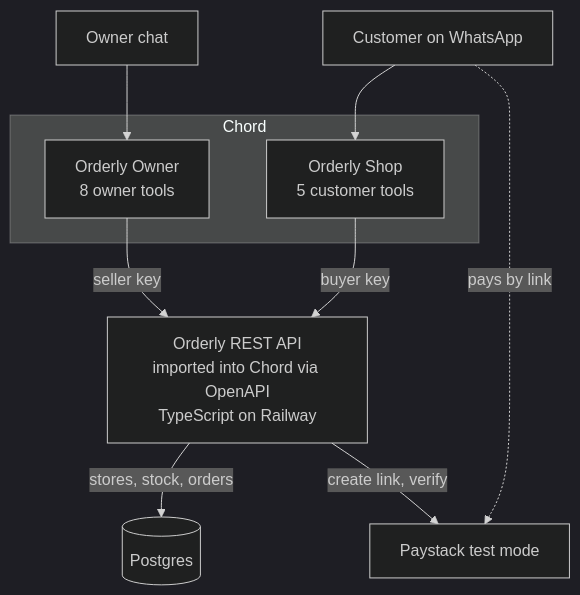
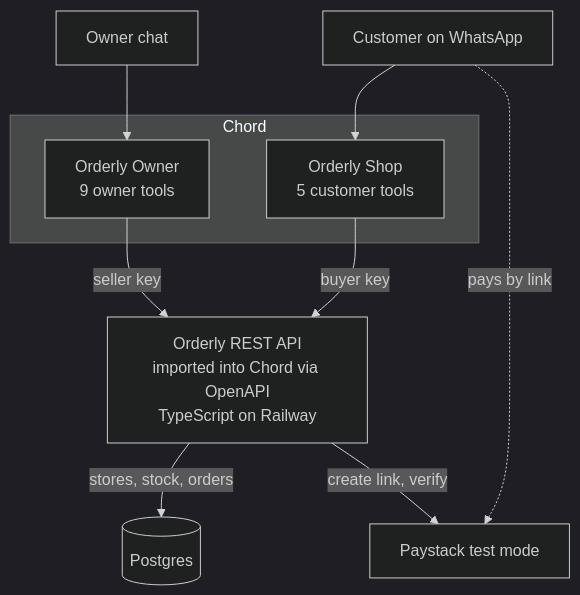
One commit to samowolabi/orderly changed the first of 2 diagrams in docs/ENGINEERING.md. Above: the diagram before and after it, drawn with Mermaid (dark theme). The commit also changed other lines of this file and 2 other files, not shown here.

````diff
--- a/docs/ENGINEERING.md
+++ b/docs/ENGINEERING.md
@@ -7,15 +7,15 @@
 ```mermaid
 flowchart TB
   OC[Owner chat] --> OO
   CW[Customer on WhatsApp] --> OS
   subgraph Chord
-    OO[Orderly Owner<br/>8 owner tools]
+    OO[Orderly Owner<br/>9 owner tools]
     OS[Orderly Shop<br/>5 customer tools]
   end
   OO -- seller key --> API
   OS -- buyer key --> API
   API[Orderly REST API<br/>imported into Chord via OpenAPI<br/>TypeScript on Railway]
   API -- stores, stock, orders --> DB[(Postgres)]
   API -- create link, verify --> PS[Paystack test mode]
   CW -. pays by link .-> PS
 ```
````
